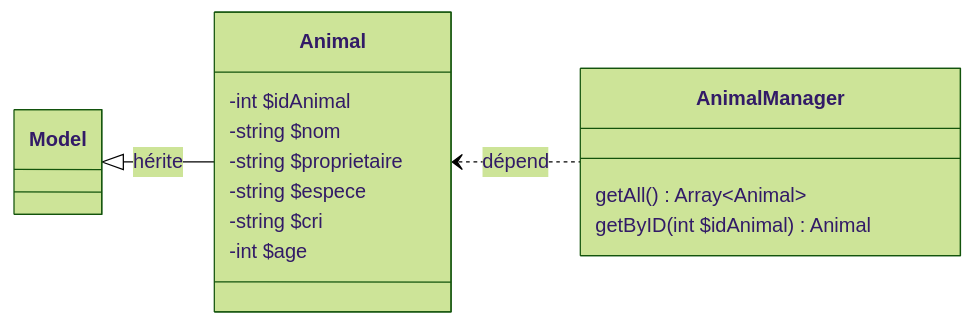
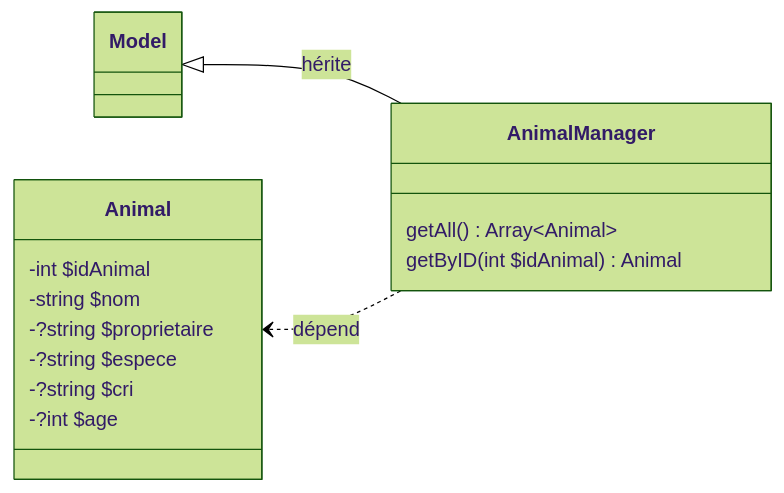
Before and after one commit to L0mens/nyan-cat-project: the fourth of 4 diagrams in README.md, drawn with Mermaid (forest theme). The commit also changed 4 other files, not shown here.

````diff
--- a/README.md
+++ b/README.md
@@ -251,18 +251,18 @@
 ```mermaid
 classDiagram
 direction LR
 class Animal{
     -int $idAnimal
     -string $nom
-    -string $proprietaire
-    -string $espece
-    -string $cri
-    -int $age
+    -?string $proprietaire
+    -?string $espece
+    -?string $cri
+    -?int $age
 }
 class AnimalManager{
     getAll() Array~Animal~
     getByID(int $idAnimal) Animal
 }
-Model <|-- Animal : hérite
+Model <|-- AnimalManager : hérite
 Animal <.. AnimalManager : dépend
 ```
````
